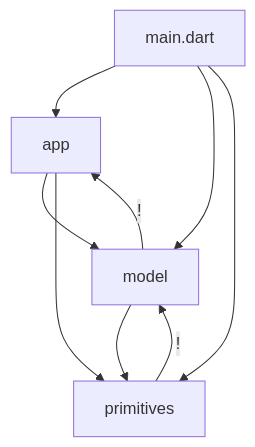
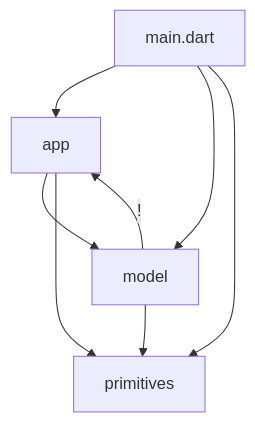
Before and after one commit to dart-lang/dart-pad: the diagram in pkgs/dartpad_ui/lib/DEPENDENCIES.md, drawn with Mermaid. The commit also changed other lines of this file and 3 other files, not shown here.

````diff
--- a/pkgs/dartpad_ui/lib/DEPENDENCIES.md
+++ b/pkgs/dartpad_ui/lib/DEPENDENCIES.md
@@ -6,11 +6,10 @@
 ```mermaid
 flowchart TD;
 app-->model;
 app-->primitives;
 main.dart-->app;
 main.dart-->model;
 main.dart-->primitives;
 model--!-->app;
 model-->primitives;
-primitives--!-->model;
 ```
````
